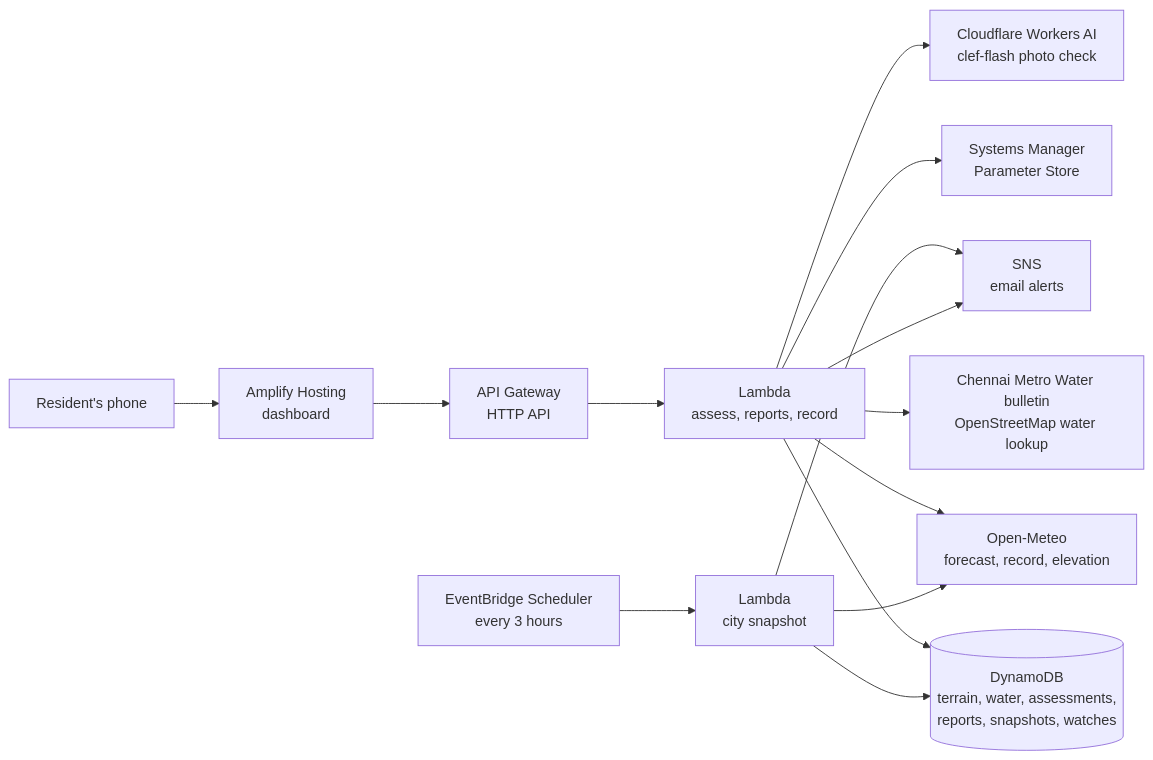
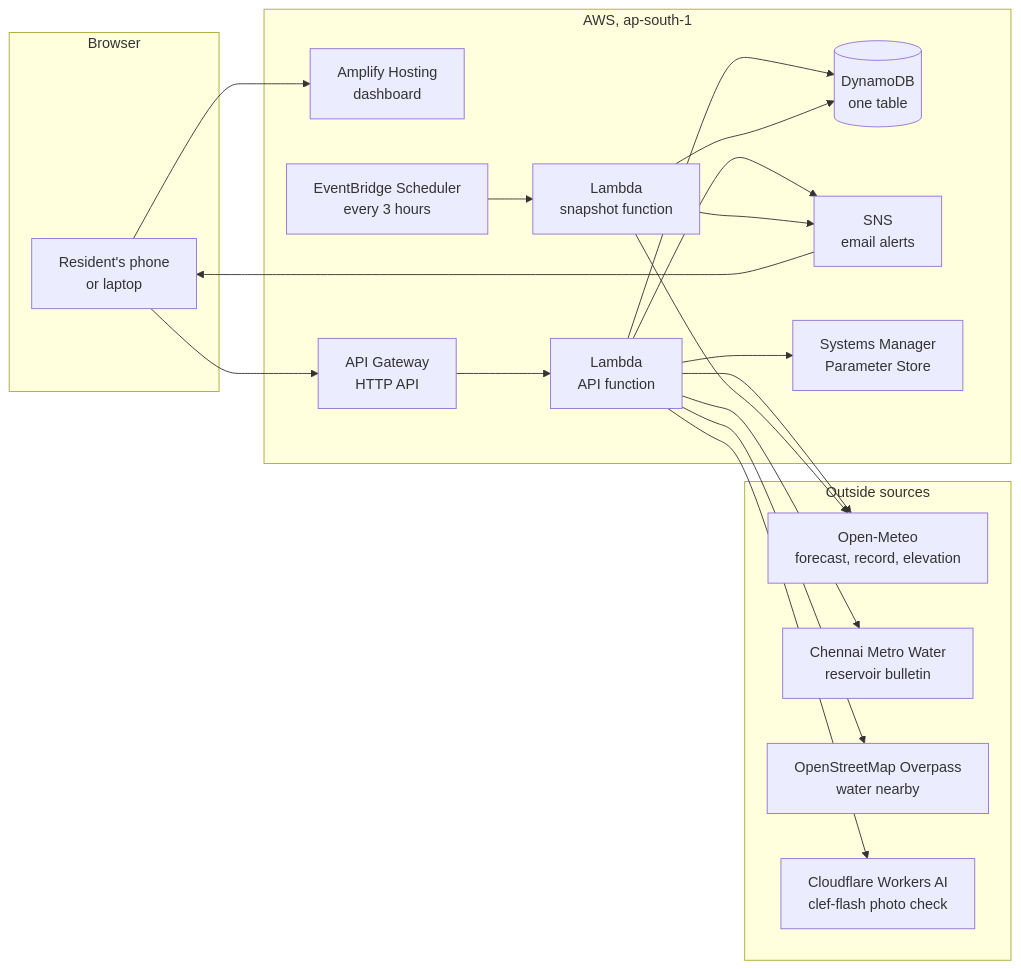
The third of 5 diagrams in README.md (gowtham472/vellam), drawn with Mermaid before and after one commit. The commit also changed other lines of this file, not shown here.

First line of the commit message:
docs: restructure the README around diagrams and tables

````diff
--- a/README.md
+++ b/README.md
@@ -176,16 +247,37 @@
 ```mermaid
 flowchart LR
-  R[Resident's phone] --> A[Amplify Hosting<br/>dashboard]
-  A --> G[API Gateway<br/>HTTP API]
-  G --> L[Lambda<br/>assess, reports, record]
-  L --> D[(DynamoDB<br/>terrain, water, assessments,<br/>reports, snapshots, watches)]
-  L --> O[Open-Meteo<br/>forecast, record, elevation]
-  L --> W[Chennai Metro Water bulletin<br/>OpenStreetMap water lookup]
-  L --> P[Systems Manager<br/>Parameter Store]
-  L --> C[Cloudflare Workers AI<br/>clef-flash photo check]
-  S[EventBridge Scheduler<br/>every 3 hours] --> N[Lambda<br/>city snapshot]
+  subgraph Browser
+    R["Resident's phone<br/>or laptop"]
+  end
+  subgraph AWS["AWS, ap-south-1"]
+    A["Amplify Hosting<br/>dashboard"]
+    G["API Gateway<br/>HTTP API"]
+    L["Lambda<br/>API function"]
+    N["Lambda<br/>snapshot function"]
+    D[("DynamoDB<br/>one table")]
+    S["EventBridge Scheduler<br/>every 3 hours"]
+    T["SNS<br/>email alerts"]
+    P["Systems Manager<br/>Parameter Store"]
+  end
+  subgraph Sources["Outside sources"]
+    O["Open-Meteo<br/>forecast, record, elevation"]
+    W["Chennai Metro Water<br/>reservoir bulletin"]
+    V["OpenStreetMap Overpass<br/>water nearby"]
+    C["Cloudflare Workers AI<br/>clef-flash photo check"]
+  end
+  R --> A
+  R --> G
+  G --> L
+  L --> D
+  L --> O
+  L --> W
+  L --> V
+  L --> P
+  L --> C
+  L --> T
+  S --> N
   N --> D
   N --> O
-  N --> T[SNS<br/>email alerts]
-  L --> T
+  N --> T
+  T --> R
 ```
````
